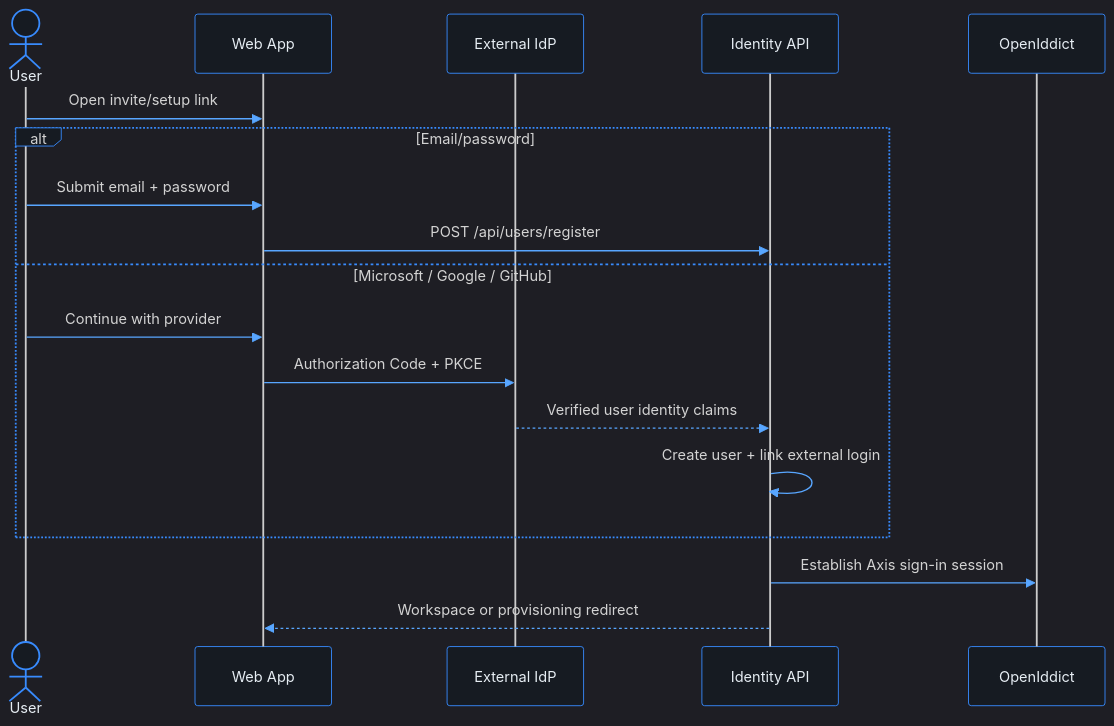
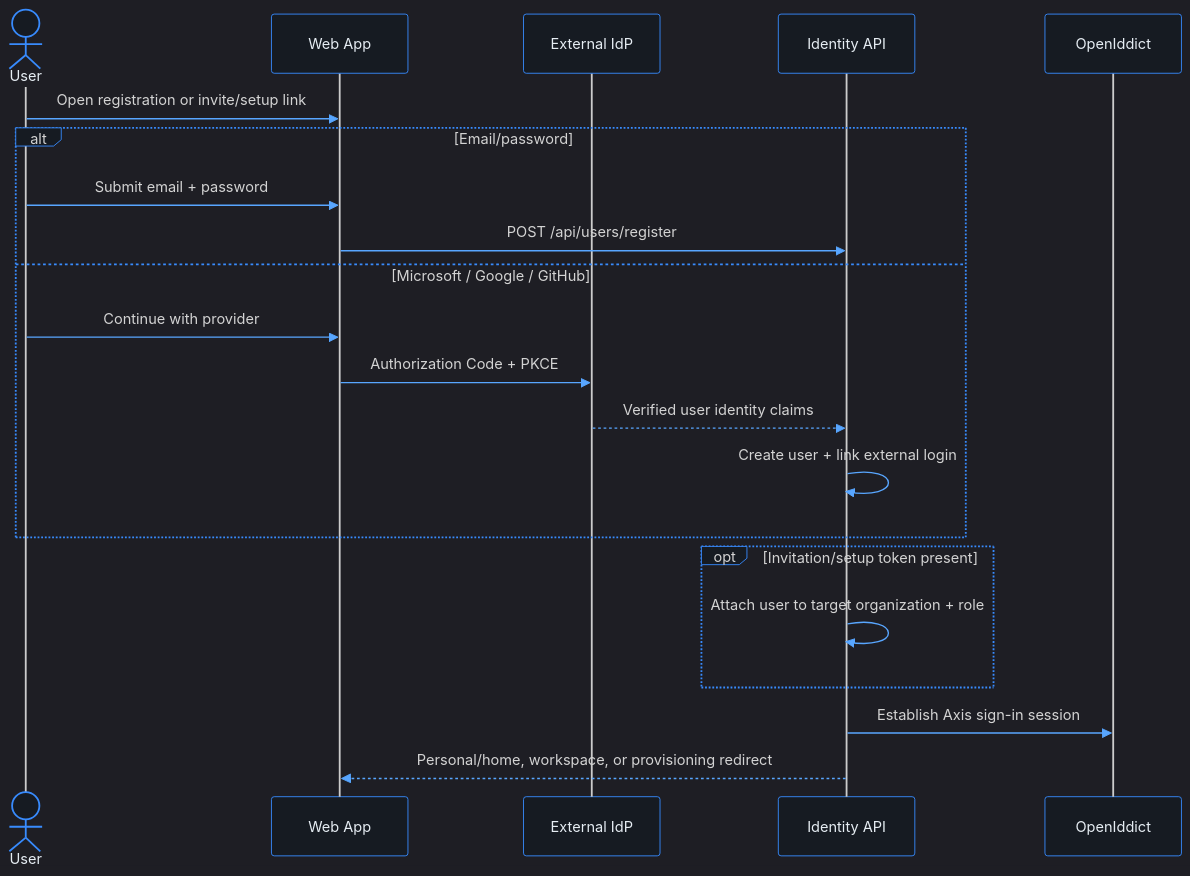
One commit to phuongnse/axis changed the diagram in docs/use-cases/identity-access/register-user/README.md. Above: the diagram before and after it, drawn with Mermaid. The commit also changed other lines of this file and 132 other files, not shown here.

Commit message:
feat(identity): implement standalone user registration

````diff
--- a/docs/use-cases/identity-access/register-user/README.md
+++ b/docs/use-cases/identity-access/register-user/README.md
@@ -84,22 +104,25 @@
 ```mermaid
 %%{init: {'theme':'dark','themeVariables':{'background':'#0d1117','mainBkg':'#0d1117','primaryColor':'#161b22','primaryBorderColor':'#388bfd','primaryTextColor':'#e6edf3','secondaryColor':'#21262d','secondaryBorderColor':'#388bfd','secondaryTextColor':'#e6edf3','tertiaryColor':'#161b22','tertiaryTextColor':'#e6edf3','lineColor':'#58a6ff','textColor':'#e6edf3','nodeBorder':'#388bfd','clusterBkg':'#161b22','clusterBorder':'#388bfd','titleColor':'#e6edf3','edgeLabelBackground':'#161b22','actorBkg':'#161b22','actorBorder':'#388bfd','actorTextColor':'#e6edf3','signalColor':'#58a6ff','labelBoxBkgColor':'#161b22','labelBoxBorderColor':'#388bfd','noteBkgColor':'#161b22','noteBorderColor':'#388bfd','noteTextColor':'#c9d1d9','activationBkgColor':'#30363d'}}}%%
 sequenceDiagram
   actor User
   participant Web as Web App
   participant IdP as External IdP
   participant API as Identity API
   participant OIDC as OpenIddict
 
-  User->>Web: Open invite/setup link
+  User->>Web: Open registration or invite/setup link
   alt Email/password
     User->>Web: Submit email + password
     Web->>API: POST /api/users/register
   else Microsoft / Google / GitHub
     User->>Web: Continue with provider
     Web->>IdP: Authorization Code + PKCE
     IdP-->>API: Verified user identity claims
     API->>API: Create user + link external login
   end
+  opt Invitation/setup token present
+    API->>API: Attach user to target organization + role
+  end
   API->>OIDC: Establish Axis sign-in session
-  API-->>Web: Workspace or provisioning redirect
+  API-->>Web: Personal/home, workspace, or provisioning redirect
 ```
````
